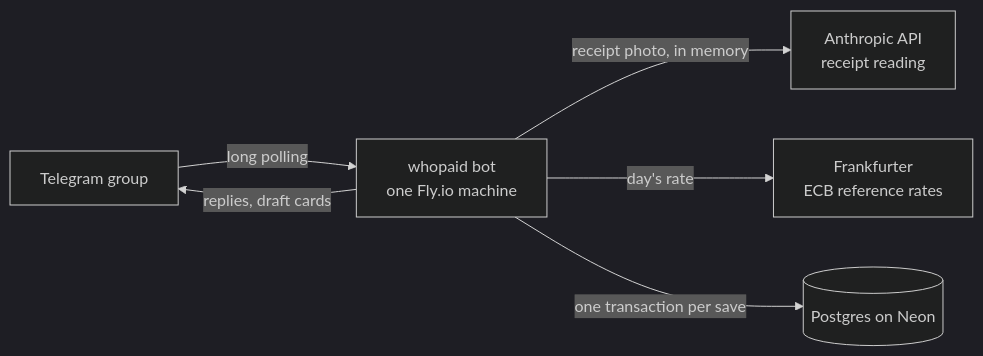
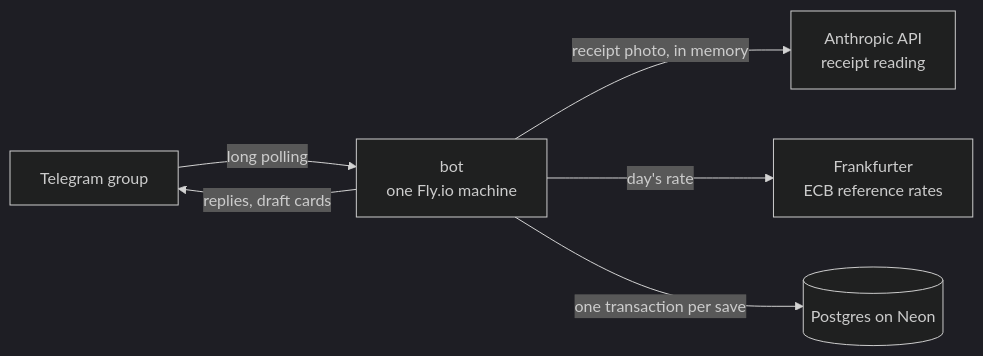
Before and after one commit to bookwormsuf/whopaidforthis: the diagram in README.md, drawn with Mermaid (dark theme). The commit also changed other lines of this file and 1 other file, not shown here.

````diff
--- a/README.md
+++ b/README.md
@@ -22,8 +443,8 @@
 ```mermaid
 flowchart LR
-    TG[Telegram group] -- long polling --> BOT[whopaid bot<br/>one Fly.io machine]
+    TG[Telegram group] -- long polling --> BOT[bot<br/>one Fly.io machine]
     BOT -- replies, draft cards --> TG
     BOT -- receipt photo, in memory --> LLM[Anthropic API<br/>receipt reading]
     BOT -- day's rate --> FX[Frankfurter<br/>ECB reference rates]
     BOT -- one transaction per save --> DB[(Postgres on Neon)]
 ```
````
